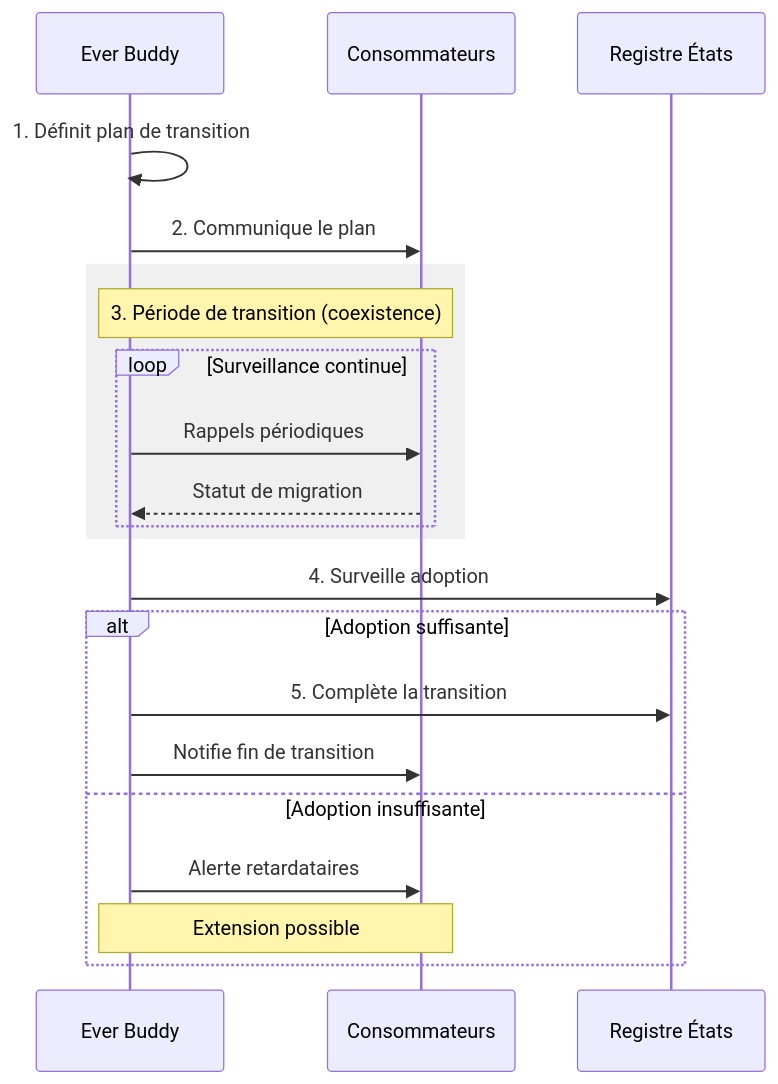
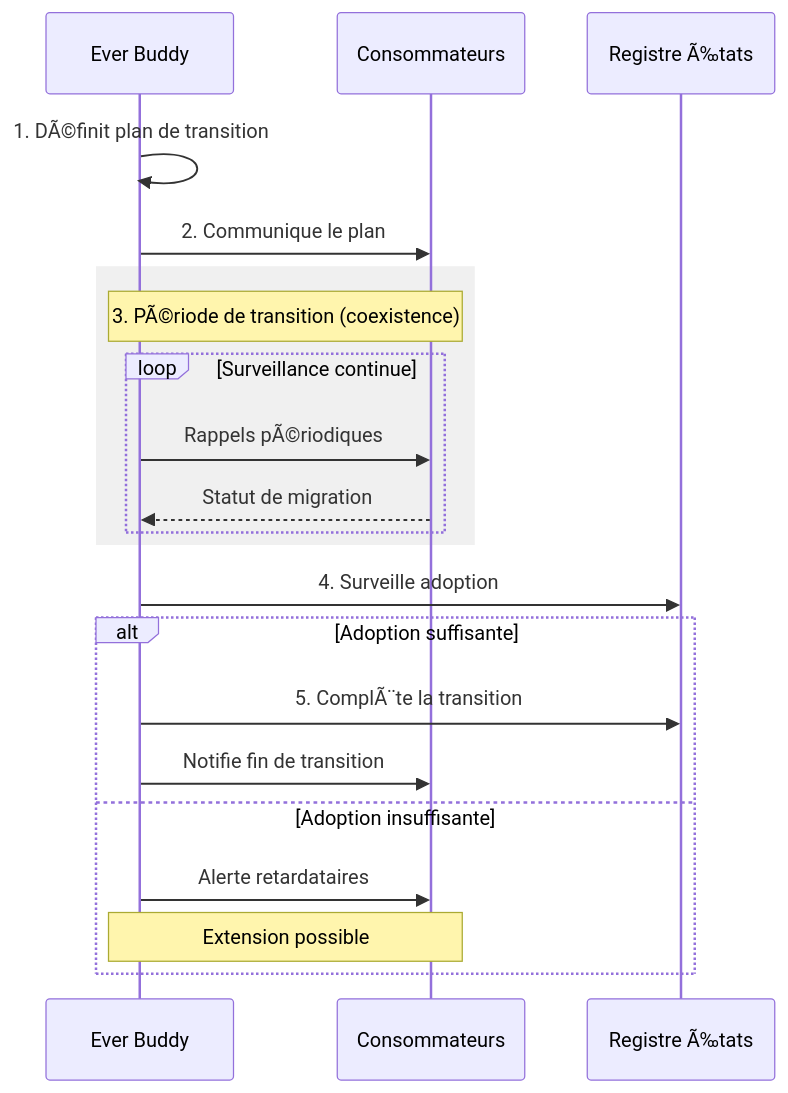
One commit to StudioMiyukini/miyukini_cog changed the fourth of 6 diagrams in docs/cores/EverBuddy/architecture/Ever Buddy - Evolution Flows.md. Above: the diagram before and after it, drawn with Mermaid. The commit also changed other lines of this file and 1287 other files, not shown here.

````diff
--- a/docs/cores/EverBuddy/architecture/Ever Buddy - Evolution Flows.md
+++ b/docs/cores/EverBuddy/architecture/Ever Buddy - Evolution Flows.md
@@ -327,27 +327,27 @@
 ```mermaid
 sequenceDiagram
     participant EB as Ever Buddy
     participant Cons as Consommateurs
-    participant Reg as Registre États
+    participant Reg as Registre Ã‰tats
 
-    EB->>EB: 1. Définit plan de transition
+    EB->>EB: 1. DÃ©finit plan de transition
     EB->>Cons: 2. Communique le plan
     
     rect rgb(240, 240, 240)
-        Note over EB,Cons: 3. Période de transition (coexistence)
+        Note over EB,Cons: 3. PÃ©riode de transition (coexistence)
         loop Surveillance continue
-            EB->>Cons: Rappels périodiques
+            EB->>Cons: Rappels pÃ©riodiques
             Cons-->>EB: Statut de migration
         end
     end
     
     EB->>Reg: 4. Surveille adoption
     
     alt Adoption suffisante
-        EB->>Reg: 5. Complète la transition
+        EB->>Reg: 5. ComplÃ¨te la transition
         EB->>Cons: Notifie fin de transition
     else Adoption insuffisante
         EB->>Cons: Alerte retardataires
         Note over EB,Cons: Extension possible
     end
 ```
````
